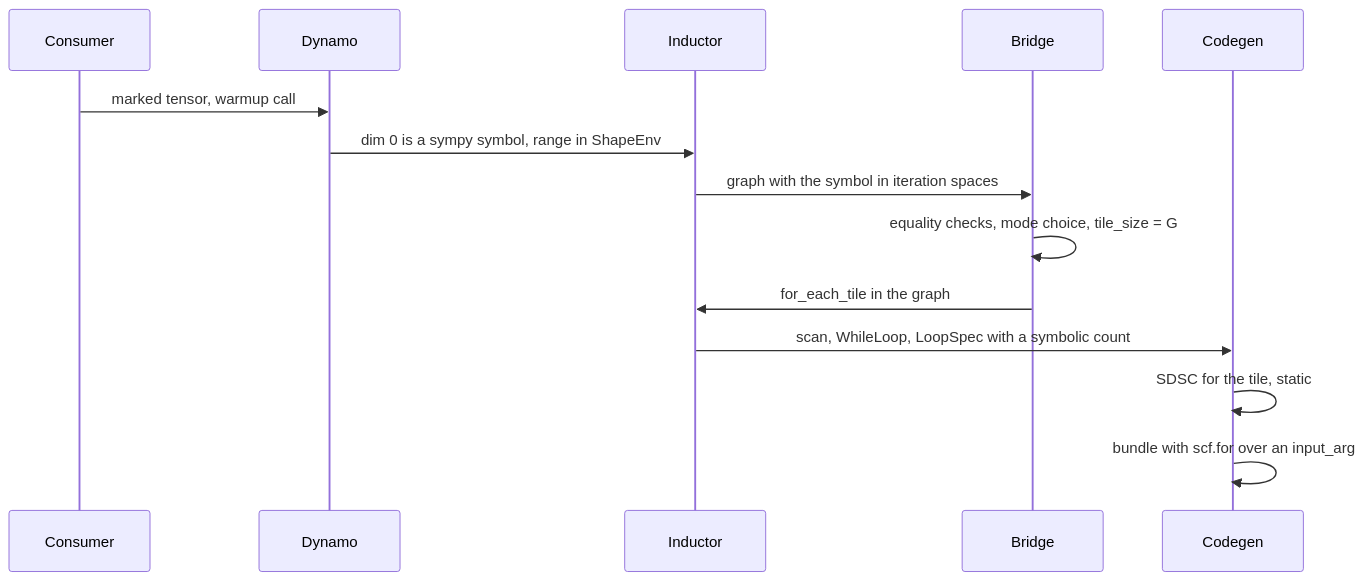
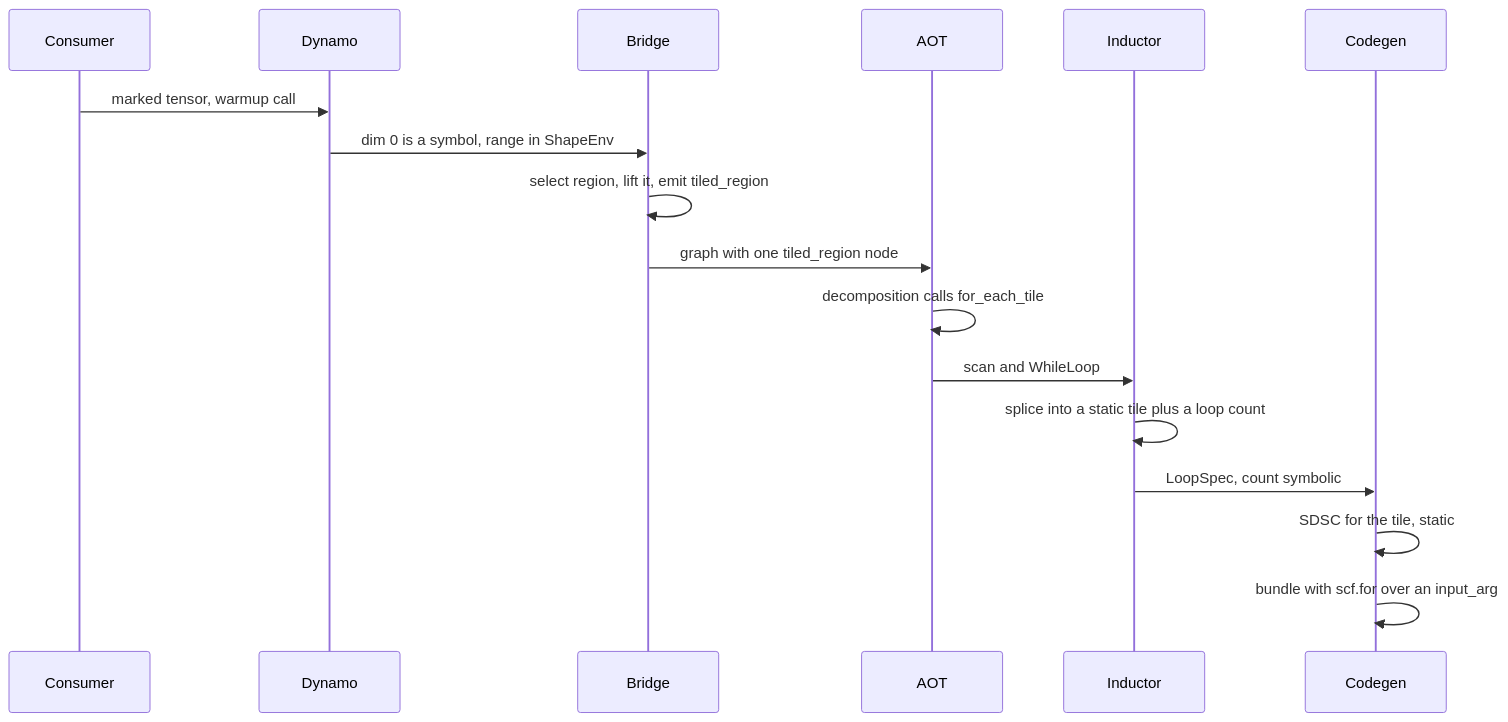
The seventh of 13 diagrams in docs/source/compiler/symbolic_shapes.md (GopikrishnaGitRepo/torch-spyre), drawn with Mermaid before and after one commit. The commit also changed other lines of this file, not shown here.

````diff
--- a/docs/source/compiler/symbolic_shapes.md
+++ b/docs/source/compiler/symbolic_shapes.md
@@ -460,16 +489,19 @@
 ```mermaid
 sequenceDiagram
   participant U as Consumer
   participant D as Dynamo
+  participant B as Bridge
+  participant A as AOT
   participant I as Inductor
-  participant B as Bridge
   participant C as Codegen
   U->>D: marked tensor, warmup call
-  D->>I: dim 0 is a sympy symbol, range in ShapeEnv
-  I->>B: graph with the symbol in iteration spaces
-  B->>B: equality checks, mode choice, tile_size = G
-  B->>I: for_each_tile in the graph
-  I->>C: scan, WhileLoop, LoopSpec with a symbolic count
+  D->>B: dim 0 is a symbol, range in ShapeEnv
+  B->>B: select region, lift it, emit tiled_region
+  B->>A: graph with one tiled_region node
+  A->>A: decomposition calls for_each_tile
+  A->>I: scan and WhileLoop
+  I->>I: splice into a static tile plus a loop count
+  I->>C: LoopSpec, count symbolic
   C->>C: SDSC for the tile, static
   C->>C: bundle with scf.for over an input_arg
 ```
````
